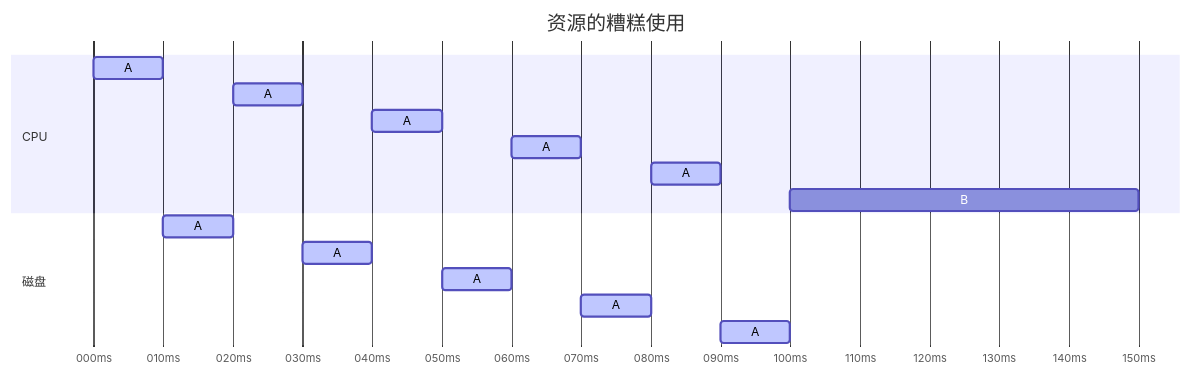
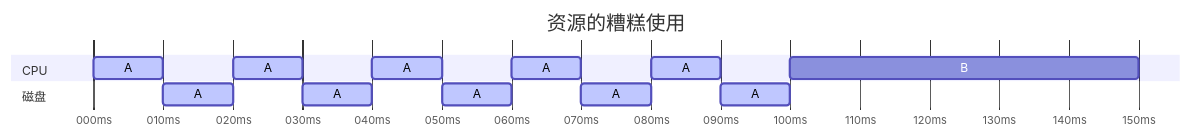
Before and after one commit to 13m0n4de/notebook: the eighth of 9 diagrams in docs/cs/os/ostep/07cpu_scheduling.md, drawn with Mermaid. The commit also changed other lines of this file, not shown here.

````diff
--- a/docs/cs/os/ostep/07cpu_scheduling.md
+++ b/docs/cs/os/ostep/07cpu_scheduling.md
@@ -261,22 +273,25 @@
 ```mermaid
+---
+displayMode: compact
+---
 gantt
     title 资源的糟糕使用
     dateFormat SSS
     axisFormat %Lms
     tickInterval 10millisecond
 
     section CPU
         A   :   active, 000,  10ms
         A   :   active, 020,  10ms
         A   :   active, 040,  10ms
         A   :   active, 060,  10ms
         A   :   active, 080,  10ms
         B   :           100,  50ms
  
     section 磁盘
         A   :   active, 010,  10ms
         A   :   active, 030,  10ms
         A   :   active, 050,  10ms
         A   :   active, 070,  10ms
         A   :   active, 090,  10ms
 ```
````
